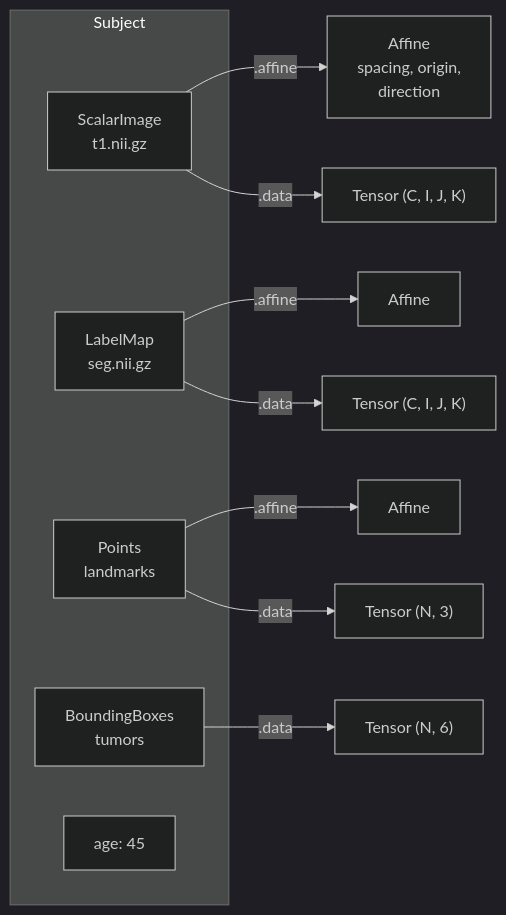
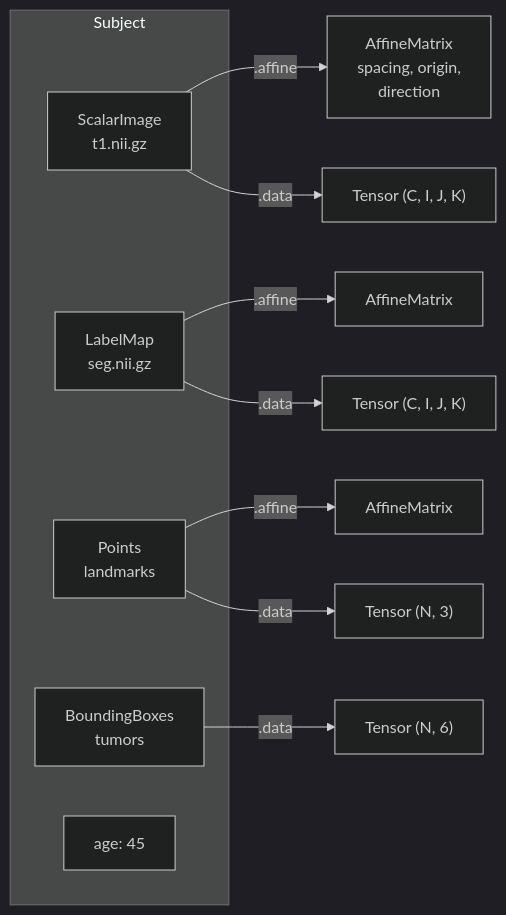
The second of 2 diagrams in docs/concepts/data-model.md (TorchIO-project/torchio), drawn with Mermaid (dark theme) before and after one commit. The commit also changed other lines of this file and 32 other files, not shown here.

````diff
--- a/docs/concepts/data-model.md
+++ b/docs/concepts/data-model.md
@@ -260,18 +260,18 @@
 ```mermaid
 flowchart LR
     subgraph Subject
         T1[ScalarImage<br/>t1.nii.gz]
         SEG[LabelMap<br/>seg.nii.gz]
         LM["Points<br/>landmarks"]
         BB["BoundingBoxes<br/>tumors"]
         META["age: 45"]
     end
 
-    T1 -->|".affine"| A1[Affine<br/>spacing, origin,<br/>direction]
-    SEG -->|".affine"| A2[Affine]
-    LM -->|".affine"| A3[Affine]
+    T1 -->|".affine"| A1[AffineMatrix<br/>spacing, origin,<br/>direction]
+    SEG -->|".affine"| A2[AffineMatrix]
+    LM -->|".affine"| A3[AffineMatrix]
     T1 -->|".data"| D1["Tensor (C, I, J, K)"]
     SEG -->|".data"| D2["Tensor (C, I, J, K)"]
     LM -->|".data"| D3["Tensor (N, 3)"]
     BB -->|".data"| D4["Tensor (N, 6)"]
 ```
````
